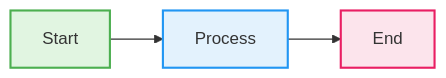
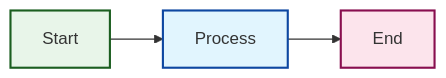
The eighth of 13 diagrams in documentation/skill_mermaid_diagrams.md (adourish/skills), drawn with Mermaid before and after one commit. The commit also changed 124 other files, not shown here.

First line of the commit message:
Add 4 new skills with comprehensive mermaid diagrams and update diagrams

````diff
--- a/documentation/skill_mermaid_diagrams.md
+++ b/documentation/skill_mermaid_diagrams.md
@@ -212,9 +212,9 @@
 ```mermaid
 flowchart LR
     A[Start]:::startClass --> B[Process]:::processClass
     B --> C[End]:::endClass
     
-    classDef startClass fill:#e1f5e1,stroke:#4caf50,stroke-width:2px
-    classDef processClass fill:#e3f2fd,stroke:#2196f3,stroke-width:2px
-    classDef endClass fill:#fce4ec,stroke:#e91e63,stroke-width:2px
+    classDef startClass fill:#e8f5e9,stroke:#1b5e20,stroke-width:2px
+    classDef processClass fill:#e1f5fe,stroke:#0d47a1,stroke-width:2px
+    classDef endClass fill:#fce4ec,stroke:#880e4f,stroke-width:2px
 ```
````
